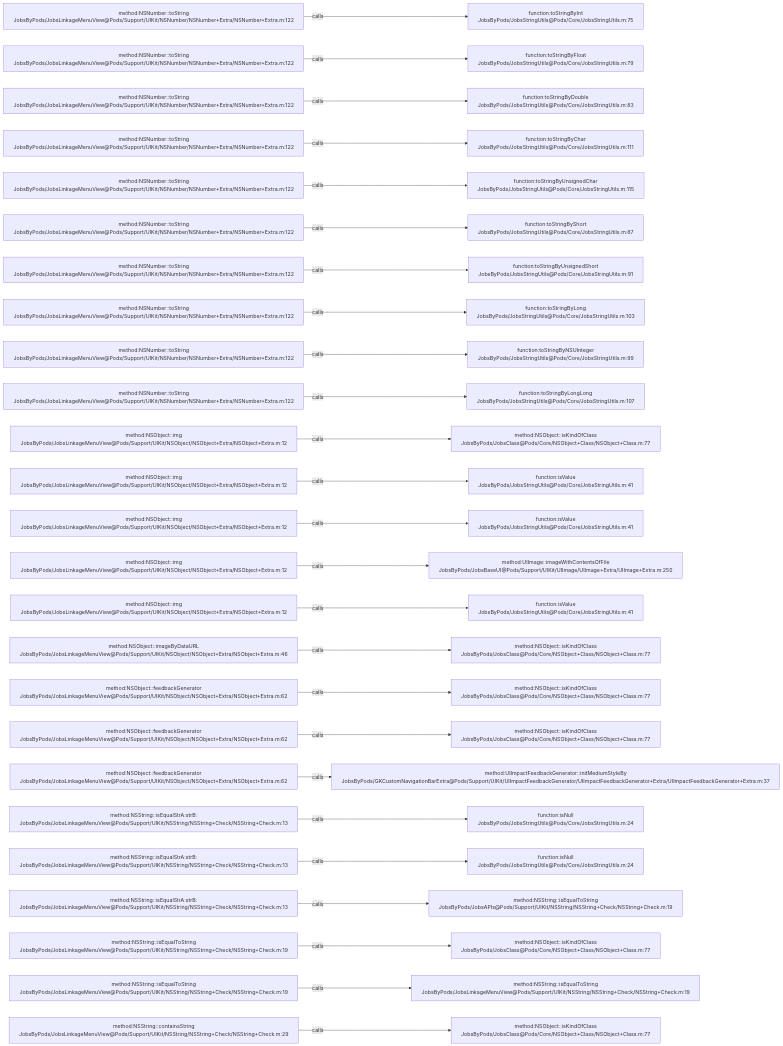
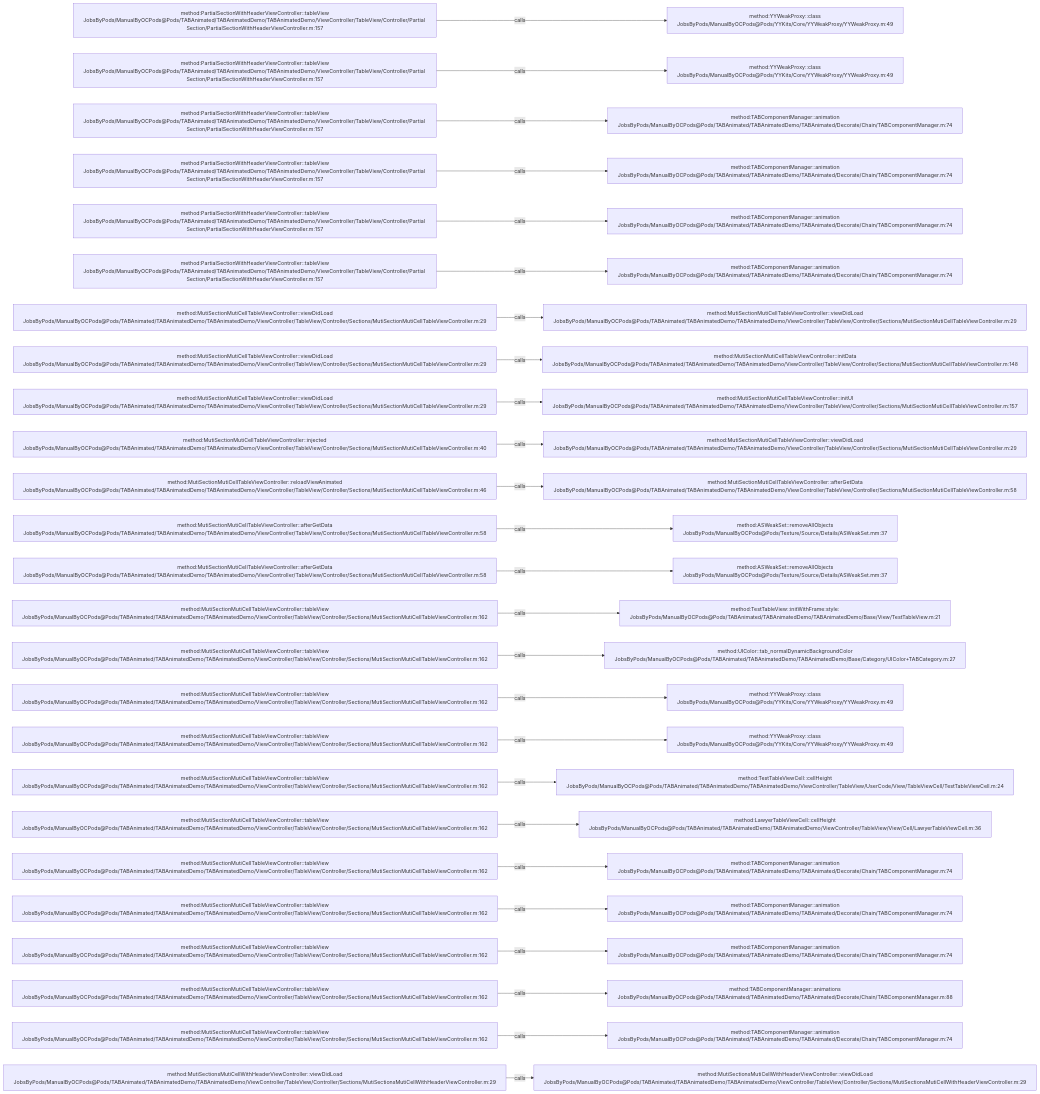
The diagram in .codegraph/codegraph.md/graphs/calls-069.md (JobsKits/JobsOCBaseConfigDemo), drawn with Mermaid before and after one commit. The commit also changed 2162 other files, not shown here.

````diff
--- a/.codegraph/codegraph.md/graphs/calls-069.md
+++ b/.codegraph/codegraph.md/graphs/calls-069.md
@@ -13,78 +13,78 @@
 ```mermaid
 flowchart LR
-  S1["method:NSNumber::toString<br/>JobsByPods/JobsLinkageMenuView@Pods/Support/UIKit/NSNumber/NSNumber+Extra/NSNumber+Extra.m:122"]
-  T1["function:toStringByInt<br/>JobsByPods/JobsStringUtils@Pods/Core/JobsStringUtils.m:75"]
+  S1["method:PartialSectionWithHeaderViewController::tableView<br/>JobsByPods/ManualByOCPods@Pods/TABAnimated/TABAnimatedDemo/TABAnimatedDemo/ViewController/TableView/Controller/Partial Section/PartialSectionWithHeaderViewController.m:157"]
+  T1["method:YYWeakProxy::class<br/>JobsByPods/ManualByOCPods@Pods/YYKits/Core/YYWeakProxy/YYWeakProxy.m:49"]
   S1 -->|calls| T1
-  S2["method:NSNumber::toString<br/>JobsByPods/JobsLinkageMenuView@Pods/Support/UIKit/NSNumber/NSNumber+Extra/NSNumber+Extra.m:122"]
-  T2["function:toStringByFloat<br/>JobsByPods/JobsStringUtils@Pods/Core/JobsStringUtils.m:79"]
+  S2["method:PartialSectionWithHeaderViewController::tableView<br/>JobsByPods/ManualByOCPods@Pods/TABAnimated/TABAnimatedDemo/TABAnimatedDemo/ViewController/TableView/Controller/Partial Section/PartialSectionWithHeaderViewController.m:157"]
+  T2["method:YYWeakProxy::class<br/>JobsByPods/ManualByOCPods@Pods/YYKits/Core/YYWeakProxy/YYWeakProxy.m:49"]
   S2 -->|calls| T2
-  S3["method:NSNumber::toString<br/>JobsByPods/JobsLinkageMenuView@Pods/Support/UIKit/NSNumber/NSNumber+Extra/NSNumber+Extra.m:122"]
-  T3["function:toStringByDouble<br/>JobsByPods/JobsStringUtils@Pods/Core/JobsStringUtils.m:83"]
+  S3["method:PartialSectionWithHeaderViewController::tableView<br/>JobsByPods/ManualByOCPods@Pods/TABAnimated/TABAnimatedDemo/TABAnimatedDemo/ViewController/TableView/Controller/Partial Section/PartialSectionWithHeaderViewController.m:157"]
+  T3["method:TABComponentManager::animation<br/>JobsByPods/ManualByOCPods@Pods/TABAnimated/TABAnimatedDemo/TABAnimated/Decorate/Chain/TABComponentManager.m:74"]
   S3 -->|calls| T3
-  S4["method:NSNumber::toString<br/>JobsByPods/JobsLinkageMenuView@Pods/Support/UIKit/NSNumber/NSNumber+Extra/NSNumber+Extra.m:122"]
-  T4["function:toStringByChar<br/>JobsByPods/JobsStringUtils@Pods/Core/JobsStringUtils.m:111"]
+  S4["method:PartialSectionWithHeaderViewController::tableView<br/>JobsByPods/ManualByOCPods@Pods/TABAnimated/TABAnimatedDemo/TABAnimatedDemo/ViewController/TableView/Controller/Partial Section/PartialSectionWithHeaderViewController.m:157"]
+  T4["method:TABComponentManager::animation<br/>JobsByPods/ManualByOCPods@Pods/TABAnimated/TABAnimatedDemo/TABAnimated/Decorate/Chain/TABComponentManager.m:74"]
   S4 -->|calls| T4
-  S5["method:NSNumber::toString<br/>JobsByPods/JobsLinkageMenuView@Pods/Support/UIKit/NSNumber/NSNumber+Extra/NSNumber+Extra.m:122"]
-  T5["function:toStringByUnsignedChar<br/>JobsByPods/JobsStringUtils@Pods/Core/JobsStringUtils.m:115"]
+  S5["method:PartialSectionWithHeaderViewController::tableView<br/>JobsByPods/ManualByOCPods@Pods/TABAnimated/TABAnimatedDemo/TABAnimatedDemo/ViewController/TableView/Controller/Partial Section/PartialSectionWithHeaderViewController.m:157"]
+  T5["method:TABComponentManager::animation<br/>JobsByPods/ManualByOCPods@Pods/TABAnimated/TABAnimatedDemo/TABAnimated/Decorate/Chain/TABComponentManager.m:74"]
   S5 -->|calls| T5
-  S6["method:NSNumber::toString<br/>JobsByPods/JobsLinkageMenuView@Pods/Support/UIKit/NSNumber/NSNumber+Extra/NSNumber+Extra.m:122"]
-  T6["function:toStringByShort<br/>JobsByPods/JobsStringUtils@Pods/Core/JobsStringUtils.m:87"]
+  S6["method:PartialSectionWithHeaderViewController::tableView<br/>JobsByPods/ManualByOCPods@Pods/TABAnimated/TABAnimatedDemo/TABAnimatedDemo/ViewController/TableView/Controller/Partial Section/PartialSectionWithHeaderViewController.m:157"]
+  T6["method:TABComponentManager::animation<br/>JobsByPods/ManualByOCPods@Pods/TABAnimated/TABAnimatedDemo/TABAnimated/Decorate/Chain/TABComponentManager.m:74"]
   S6 -->|calls| T6
-  S7["method:NSNumber::toString<br/>JobsByPods/JobsLinkageMenuView@Pods/Support/UIKit/NSNumber/NSNumber+Extra/NSNumber+Extra.m:122"]
-  T7["function:toStringByUnsignedShort<br/>JobsByPods/JobsStringUtils@Pods/Core/JobsStringUtils.m:91"]
+  S7["method:MutiSectionMutiCellTableViewController::viewDidLoad<br/>JobsByPods/ManualByOCPods@Pods/TABAnimated/TABAnimatedDemo/TABAnimatedDemo/ViewController/TableView/Controller/Sections/MutiSectionMutiCellTableViewController.m:29"]
+  T7["method:MutiSectionMutiCellTableViewController::viewDidLoad<br/>JobsByPods/ManualByOCPods@Pods/TABAnimated/TABAnimatedDemo/TABAnimatedDemo/ViewController/TableView/Controller/Sections/MutiSectionMutiCellTableViewController.m:29"]
   S7 -->|calls| T7
-  S8["method:NSNumber::toString<br/>JobsByPods/JobsLinkageMenuView@Pods/Support/UIKit/NSNumber/NSNumber+Extra/NSNumber+Extra.m:122"]
-  T8["function:toStringByLong<br/>JobsByPods/JobsStringUtils@Pods/Core/JobsStringUtils.m:103"]
+  S8["method:MutiSectionMutiCellTableViewController::viewDidLoad<br/>JobsByPods/ManualByOCPods@Pods/TABAnimated/TABAnimatedDemo/TABAnimatedDemo/ViewController/TableView/Controller/Sections/MutiSectionMutiCellTableViewController.m:29"]
+  T8["method:MutiSectionMutiCellTableViewController::initData<br/>JobsByPods/ManualByOCPods@Pods/TABAnimated/TABAnimatedDemo/TABAnimatedDemo/ViewController/TableView/Controller/Sections/MutiSectionMutiCellTableViewController.m:148"]
   S8 -->|calls| T8
-  S9["method:NSNumber::toString<br/>JobsByPods/JobsLinkageMenuView@Pods/Support/UIKit/NSNumber/NSNumber+Extra/NSNumber+Extra.m:122"]
-  T9["function:toStringByNSUInteger<br/>JobsByPods/JobsStringUtils@Pods/Core/JobsStringUtils.m:99"]
+  S9["method:MutiSectionMutiCellTableViewController::viewDidLoad<br/>JobsByPods/ManualByOCPods@Pods/TABAnimated/TABAnimatedDemo/TABAnimatedDemo/ViewController/TableView/Controller/Sections/MutiSectionMutiCellTableViewController.m:29"]
+  T9["method:MutiSectionMutiCellTableViewController::initUI<br/>JobsByPods/ManualByOCPods@Pods/TABAnimated/TABAnimatedDemo/TABAnimatedDemo/ViewController/TableView/Controller/Sections/MutiSectionMutiCellTableViewController.m:157"]
   S9 -->|calls| T9
-  S10["method:NSNumber::toString<br/>JobsByPods/JobsLinkageMenuView@Pods/Support/UIKit/NSNumber/NSNumber+Extra/NSNumber+Extra.m:122"]
-  T10["function:toStringByLongLong<br/>JobsByPods/JobsStringUtils@Pods/Core/JobsStringUtils.m:107"]
+  S10["method:MutiSectionMutiCellTableViewController::injected<br/>JobsByPods/ManualByOCPods@Pods/TABAnimated/TABAnimatedDemo/TABAnimatedDemo/ViewController/TableView/Controller/Sections/MutiSectionMutiCellTableViewController.m:40"]
+  T10["method:MutiSectionMutiCellTableViewController::viewDidLoad<br/>JobsByPods/ManualByOCPods@Pods/TABAnimated/TABAnimatedDemo/TABAnimatedDemo/ViewController/TableView/Controller/Sections/MutiSectionMutiCellTableViewController.m:29"]
   S10 -->|calls| T10
-  S11["method:NSObject::img<br/>JobsByPods/JobsLinkageMenuView@Pods/Support/UIKit/NSObject/NSObject+Extra/NSObject+Extra.m:12"]
-  T11["method:NSObject::isKindOfClass<br/>JobsByPods/JobsClass@Pods/Core/NSObject+Class/NSObject+Class.m:77"]
+  S11["method:MutiSectionMutiCellTableViewController::reloadViewAnimated<br/>JobsByPods/ManualByOCPods@Pods/TABAnimated/TABAnimatedDemo/TABAnimatedDemo/ViewController/TableView/Controller/Sections/MutiSectionMutiCellTableViewController.m:46"]
+  T11["method:MutiSectionMutiCellTableViewController::afterGetData<br/>JobsByPods/ManualByOCPods@Pods/TABAnimated/TABAnimatedDemo/TABAnimatedDemo/ViewController/TableView/Controller/Sections/MutiSectionMutiCellTableViewController.m:58"]
   S11 -->|calls| T11
-  S12["method:NSObject::img<br/>JobsByPods/JobsLinkageMenuView@Pods/Support/UIKit/NSObject/NSObject+Extra/NSObject+Extra.m:12"]
-  T12["function:isValue<br/>JobsByPods/JobsStringUtils@Pods/Core/JobsStringUtils.m:41"]
+  S12["method:MutiSectionMutiCellTableViewController::afterGetData<br/>JobsByPods/ManualByOCPods@Pods/TABAnimated/TABAnimatedDemo/TABAnimatedDemo/ViewController/TableView/Controller/Sections/MutiSectionMutiCellTableViewController.m:58"]
+  T12["method:ASWeakSet::removeAllObjects<br/>JobsByPods/ManualByOCPods@Pods/Texture/Source/Details/ASWeakSet.mm:37"]
   S12 -->|calls| T12
-  S13["method:NSObject::img<br/>JobsByPods/JobsLinkageMenuView@Pods/Support/UIKit/NSObject/NSObject+Extra/NSObject+Extra.m:12"]
-  T13["function:isValue<br/>JobsByPods/JobsStringUtils@Pods/Core/JobsStringUtils.m:41"]
+  S13["method:MutiSectionMutiCellTableViewController::afterGetData<br/>JobsByPods/ManualByOCPods@Pods/TABAnimated/TABAnimatedDemo/TABAnimatedDemo/ViewController/TableView/Controller/Sections/MutiSectionMutiCellTableViewController.m:58"]
+  T13["method:ASWeakSet::removeAllObjects<br/>JobsByPods/ManualByOCPods@Pods/Texture/Source/Details/ASWeakSet.mm:37"]
   S13 -->|calls| T13
-  S14["method:NSObject::img<br/>JobsByPods/JobsLinkageMenuView@Pods/Support/UIKit/NSObject/NSObject+Extra/NSObject+Extra.m:12"]
-  T14["method:UIImage::imageWithContentsOfFile<br/>JobsByPods/JobsBaseUI@Pods/Support/UIKit/UIImage/UIImage+Extra/UIImage+Extra.m:250"]
+  S14["method:MutiSectionMutiCellTableViewController::tableView<br/>JobsByPods/ManualByOCPods@Pods/TABAnimated/TABAnimatedDemo/TABAnimatedDemo/ViewController/TableView/Controller/Sections/MutiSectionMutiCellTableViewController.m:162"]
+  T14["method:TestTableView::initWithFrame:style:<br/>JobsByPods/ManualByOCPods@Pods/TABAnimated/TABAnimatedDemo/TABAnimatedDemo/Base/View/TestTableView.m:21"]
   S14 -->|calls| T14
-  S15["method:NSObject::img<br/>JobsByPods/JobsLinkageMenuView@Pods/Support/UIKit/NSObject/NSObject+Extra/NSObject+Extra.m:12"]
-  T15["function:isValue<br/>JobsByPods/JobsStringUtils@Pods/Core/JobsStringUtils.m:41"]
+  S15["method:MutiSectionMutiCellTableViewController::tableView<br/>JobsByPods/ManualByOCPods@Pods/TABAnimated/TABAnimatedDemo/TABAnimatedDemo/ViewController/TableView/Controller/Sections/MutiSectionMutiCellTableViewController.m:162"]
+  T15["method:UIColor::tab_normalDynamicBackgroundColor<br/>JobsByPods/ManualByOCPods@Pods/TABAnimated/TABAnimatedDemo/TABAnimatedDemo/Base/Category/UIColor+TABCategory.m:27"]
   S15 -->|calls| T15
-  S16["method:NSObject::imageByDataURL<br/>JobsByPods/JobsLinkageMenuView@Pods/Support/UIKit/NSObject/NSObject+Extra/NSObject+Extra.m:46"]
-  T16["method:NSObject::isKindOfClass<br/>JobsByPods/JobsClass@Pods/Core/NSObject+Class/NSObject+Class.m:77"]
+  S16["method:MutiSectionMutiCellTableViewController::tableView<br/>JobsByPods/ManualByOCPods@Pods/TABAnimated/TABAnimatedDemo/TABAnimatedDemo/ViewController/TableView/Controller/Sections/MutiSectionMutiCellTableViewController.m:162"]
+  T16["method:YYWeakProxy::class<br/>JobsByPods/ManualByOCPods@Pods/YYKits/Core/YYWeakProxy/YYWeakProxy.m:49"]
   S16 -->|calls| T16
-  S17["method:NSObject::feedbackGenerator<br/>JobsByPods/JobsLinkageMenuView@Pods/Support/UIKit/NSObject/NSObject+Extra/NSObject+Extra.m:62"]
-  T17["method:NSObject::isKindOfClass<br/>JobsByPods/JobsClass@Pods/Core/NSObject+Class/NSObject+Class.m:77"]
+  S17["method:MutiSectionMutiCellTableViewController::tableView<br/>JobsByPods/ManualByOCPods@Pods/TABAnimated/TABAnimatedDemo/TABAnimatedDemo/ViewController/TableView/Controller/Sections/MutiSectionMutiCellTableViewController.m:162"]
+  T17["method:YYWeakProxy::class<br/>JobsByPods/ManualByOCPods@Pods/YYKits/Core/YYWeakProxy/YYWeakProxy.m:49"]
   S17 -->|calls| T17
-  S18["method:NSObject::feedbackGenerator<br/>JobsByPods/JobsLinkageMenuView@Pods/Support/UIKit/NSObject/NSObject+Extra/NSObject+Extra.m:62"]
-  T18["method:NSObject::isKindOfClass<br/>JobsByPods/JobsClass@Pods/Core/NSObject+Class/NSObject+Class.m:77"]
+  S18["method:MutiSectionMutiCellTableViewController::tableView<br/>JobsByPods/ManualByOCPods@Pods/TABAnimated/TABAnimatedDemo/TABAnimatedDemo/ViewController/TableView/Controller/Sections/MutiSectionMutiCellTableViewController.m:162"]
+  T18["method:TestTableViewCell::cellHeight<br/>JobsByPods/ManualByOCPods@Pods/TABAnimated/TABAnimatedDemo/TABAnimatedDemo/ViewController/TableView/UserCode/View/TableViewCell/TestTableViewCell.m:24"]
   S18 -->|calls| T18
-  S19["method:NSObject::feedbackGenerator<br/>JobsByPods/JobsLinkageMenuView@Pods/Support/UIKit/NSObject/NSObject+Extra/NSObject+Extra.m:62"]
-  T19["method:UIImpactFeedbackGenerator::initMediumStyleBy<br/>JobsByPods/GKCustomNavigationBarExtra@Pods/Support/UIKit/UIImpactFeedbackGenerator/UIImpactFeedbackGenerator+Extra/UIImpactFeedbackGenerator+Extra.m:37"]
+  S19["method:MutiSectionMutiCellTableViewController::tableView<br/>JobsByPods/ManualByOCPods@Pods/TABAnimated/TABAnimatedDemo/TABAnimatedDemo/ViewController/TableView/Controller/Sections/MutiSectionMutiCellTableViewController.m:162"]
+  T19["method:LawyerTableViewCell::cellHeight<br/>JobsByPods/ManualByOCPods@Pods/TABAnimated/TABAnimatedDemo/TABAnimatedDemo/ViewController/TableView/View/Cell/LawyerTableViewCell.m:36"]
   S19 -->|calls| T19
-  S20["method:NSString::isEqualStrA:strB:<br/>JobsByPods/JobsLinkageMenuView@Pods/Support/UIKit/NSString/NSString+Check/NSString+Check.m:13"]
-  T20["function:isNull<br/>JobsByPods/JobsStringUtils@Pods/Core/JobsStringUtils.m:24"]
+  S20["method:MutiSectionMutiCellTableViewController::tableView<br/>JobsByPods/ManualByOCPods@Pods/TABAnimated/TABAnimatedDemo/TABAnimatedDemo/ViewController/TableView/Controller/Sections/MutiSectionMutiCellTableViewController.m:162"]
+  T20["method:TABComponentManager::animation<br/>JobsByPods/ManualByOCPods@Pods/TABAnimated/TABAnimatedDemo/TABAnimated/Decorate/Chain/TABComponentManager.m:74"]
   S20 -->|calls| T20
-  S21["method:NSString::isEqualStrA:strB:<br/>JobsByPods/JobsLinkageMenuView@Pods/Support/UIKit/NSString/NSString+Check/NSString+Check.m:13"]
-  T21["function:isNull<br/>JobsByPods/JobsStringUtils@Pods/Core/JobsStringUtils.m:24"]
+  S21["method:MutiSectionMutiCellTableViewController::tableView<br/>JobsByPods/ManualByOCPods@Pods/TABAnimated/TABAnimatedDemo/TABAnimatedDemo/ViewController/TableView/Controller/Sections/MutiSectionMutiCellTableViewController.m:162"]
+  T21["method:TABComponentManager::animation<br/>JobsByPods/ManualByOCPods@Pods/TABAnimated/TABAnimatedDemo/TABAnimated/Decorate/Chain/TABComponentManager.m:74"]
   S21 -->|calls| T21
-  S22["method:NSString::isEqualStrA:strB:<br/>JobsByPods/JobsLinkageMenuView@Pods/Support/UIKit/NSString/NSString+Check/NSString+Check.m:13"]
-  T22["method:NSString::isEqualToString<br/>JobsByPods/JobsAPIs@Pods/Support/UIKit/NSString/NSString+Check/NSString+Check.m:19"]
+  S22["method:MutiSectionMutiCellTableViewController::tableView<br/>JobsByPods/ManualByOCPods@Pods/TABAnimated/TABAnimatedDemo/TABAnimatedDemo/ViewController/TableView/Controller/Sections/MutiSectionMutiCellTableViewController.m:162"]
+  T22["method:TABComponentManager::animation<br/>JobsByPods/ManualByOCPods@Pods/TABAnimated/TABAnimatedDemo/TABAnimated/Decorate/Chain/TABComponentManager.m:74"]
   S22 -->|calls| T22
-  S23["method:NSString::isEqualToString<br/>JobsByPods/JobsLinkageMenuView@Pods/Support/UIKit/NSString/NSString+Check/NSString+Check.m:19"]
-  T23["method:NSObject::isKindOfClass<br/>JobsByPods/JobsClass@Pods/Core/NSObject+Class/NSObject+Class.m:77"]
+  S23["method:MutiSectionMutiCellTableViewController::tableView<br/>JobsByPods/ManualByOCPods@Pods/TABAnimated/TABAnimatedDemo/TABAnimatedDemo/ViewController/TableView/Controller/Sections/MutiSectionMutiCellTableViewController.m:162"]
+  T23["method:TABComponentManager::animations<br/>JobsByPods/ManualByOCPods@Pods/TABAnimated/TABAnimatedDemo/TABAnimated/Decorate/Chain/TABComponentManager.m:88"]
   S23 -->|calls| T23
-  S24["method:NSString::isEqualToString<br/>JobsByPods/JobsLinkageMenuView@Pods/Support/UIKit/NSString/NSString+Check/NSString+Check.m:19"]
-  T24["method:NSString::isEqualToString<br/>JobsByPods/JobsLinkageMenuView@Pods/Support/UIKit/NSString/NSString+Check/NSString+Check.m:19"]
+  S24["method:MutiSectionMutiCellTableViewController::tableView<br/>JobsByPods/ManualByOCPods@Pods/TABAnimated/TABAnimatedDemo/TABAnimatedDemo/ViewController/TableView/Controller/Sections/MutiSectionMutiCellTableViewController.m:162"]
+  T24["method:TABComponentManager::animation<br/>JobsByPods/ManualByOCPods@Pods/TABAnimated/TABAnimatedDemo/TABAnimated/Decorate/Chain/TABComponentManager.m:74"]
   S24 -->|calls| T24
-  S25["method:NSString::containsString<br/>JobsByPods/JobsLinkageMenuView@Pods/Support/UIKit/NSString/NSString+Check/NSString+Check.m:29"]
-  T25["method:NSObject::isKindOfClass<br/>JobsByPods/JobsClass@Pods/Core/NSObject+Class/NSObject+Class.m:77"]
+  S25["method:MutiSectionsMutiCellWithHeaderViewController::viewDidLoad<br/>JobsByPods/ManualByOCPods@Pods/TABAnimated/TABAnimatedDemo/TABAnimatedDemo/ViewController/TableView/Controller/Sections/MutiSectionsMutiCellWithHeaderViewController.m:29"]
+  T25["method:MutiSectionsMutiCellWithHeaderViewController::viewDidLoad<br/>JobsByPods/ManualByOCPods@Pods/TABAnimated/TABAnimatedDemo/TABAnimatedDemo/ViewController/TableView/Controller/Sections/MutiSectionsMutiCellWithHeaderViewController.m:29"]
   S25 -->|calls| T25
 ```
````
